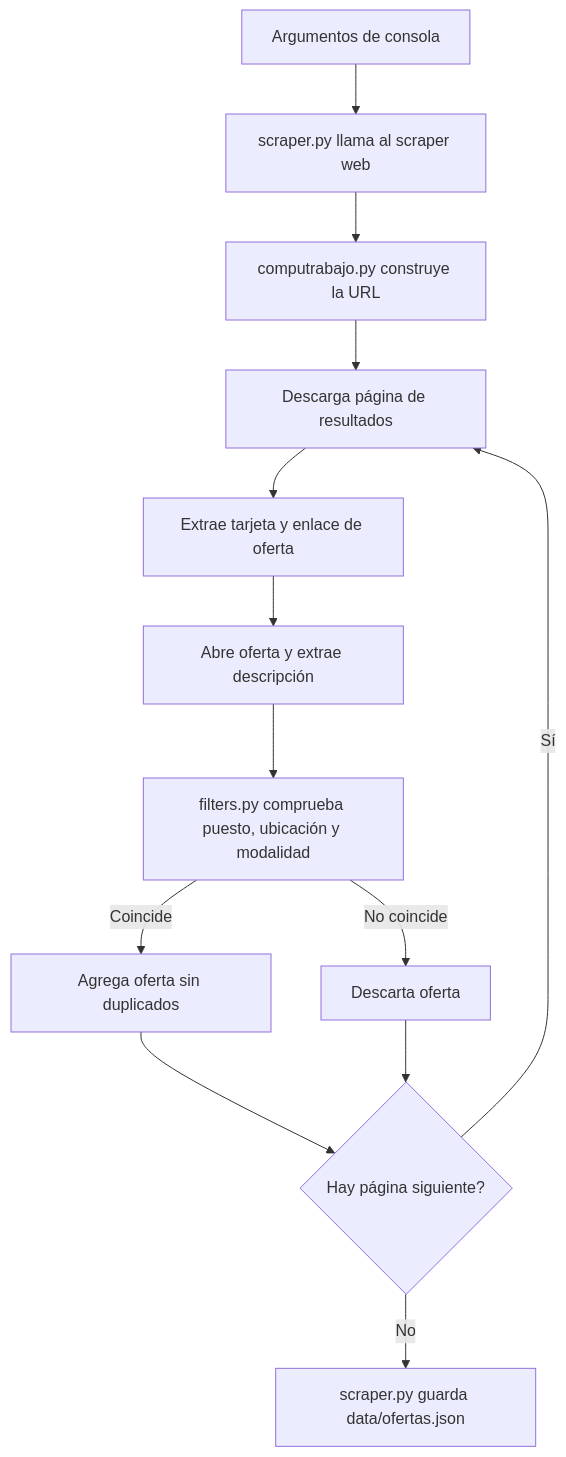
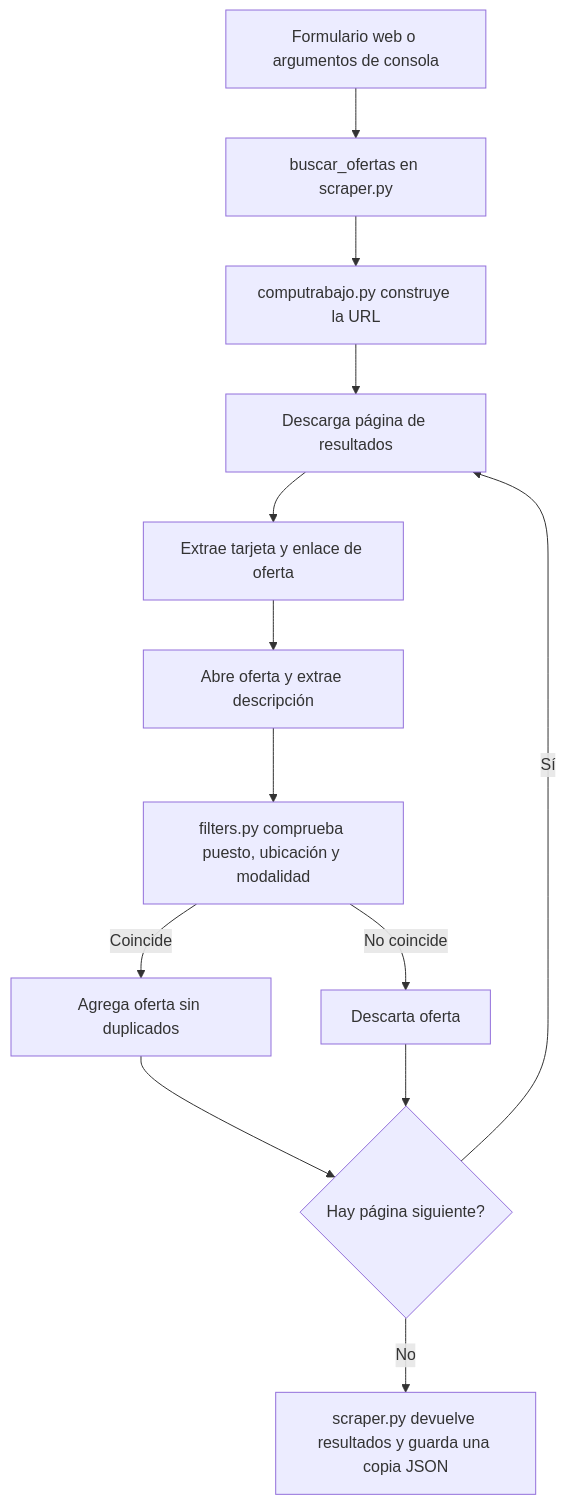
One commit to RenatoGV/Computrabajo-web-scrapping changed the diagram in docs/scraper.md. Above: the diagram before and after it, drawn with Mermaid. The commit also changed other lines of this file and 7 other files, not shown here.

````diff
--- a/docs/scraper.md
+++ b/docs/scraper.md
@@ -23,15 +27,15 @@
 ```mermaid
 flowchart TD
-    A[Argumentos de consola] --> B[scraper.py llama al scraper web]
+    A[Formulario web o argumentos de consola] --> B[buscar_ofertas en scraper.py]
     B --> C[computrabajo.py construye la URL]
     C --> D[Descarga página de resultados]
     D --> E[Extrae tarjeta y enlace de oferta]
     E --> F[Abre oferta y extrae descripción]
     F --> G[filters.py comprueba puesto, ubicación y modalidad]
     G -- Coincide --> H[Agrega oferta sin duplicados]
     G -- No coincide --> I[Descarta oferta]
     H --> J{Hay página siguiente?}
     I --> J
     J -- Sí --> D
-    J -- No --> K[scraper.py guarda data/ofertas.json]
+    J -- No --> K[scraper.py devuelve resultados y guarda una copia JSON]
 ```
````
